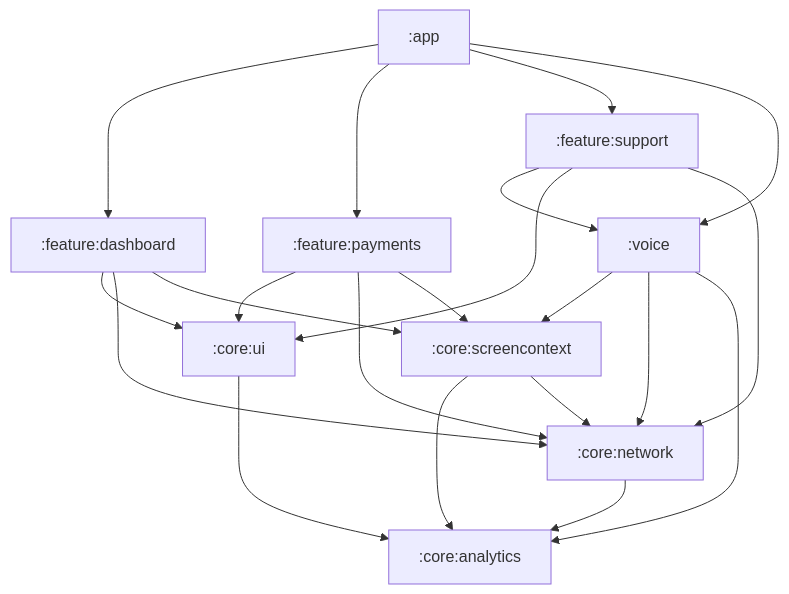
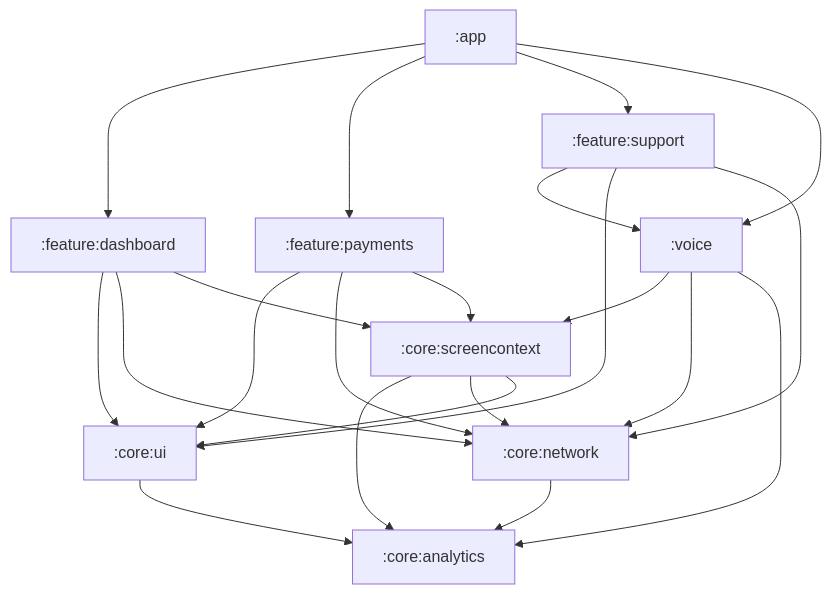
The first of 2 diagrams in docs/03-android-architecture.md (bibekanandan892/vyaparpay-voice-agent), drawn with Mermaid before and after one commit. The commit also changed other lines of this file and 3 other files, not shown here.

````diff
--- a/docs/03-android-architecture.md
+++ b/docs/03-android-architecture.md
@@ -13,36 +13,37 @@
 ```mermaid
 flowchart TB
     APP[":app"]
     FDASH[":feature:dashboard"]
     FPAY[":feature:payments"]
     FSUP[":feature:support"]
     VOICE[":voice"]
     CUI[":core:ui"]
     CNET[":core:network"]
     CANA[":core:analytics"]
     CSC[":core:screencontext"]
 
     APP --> FDASH
     APP --> FPAY
     APP --> FSUP
     APP --> VOICE
 
     FDASH --> CUI
     FDASH --> CNET
     FDASH --> CSC
     FPAY --> CUI
     FPAY --> CNET
     FPAY --> CSC
     FSUP --> VOICE
     FSUP --> CUI
     FSUP --> CNET
 
     VOICE --> CSC
     VOICE --> CNET
     VOICE --> CANA
 
     CSC --> CANA
     CSC --> CNET
+    CSC --> CUI
     CUI --> CANA
     CNET --> CANA
 ```
````
